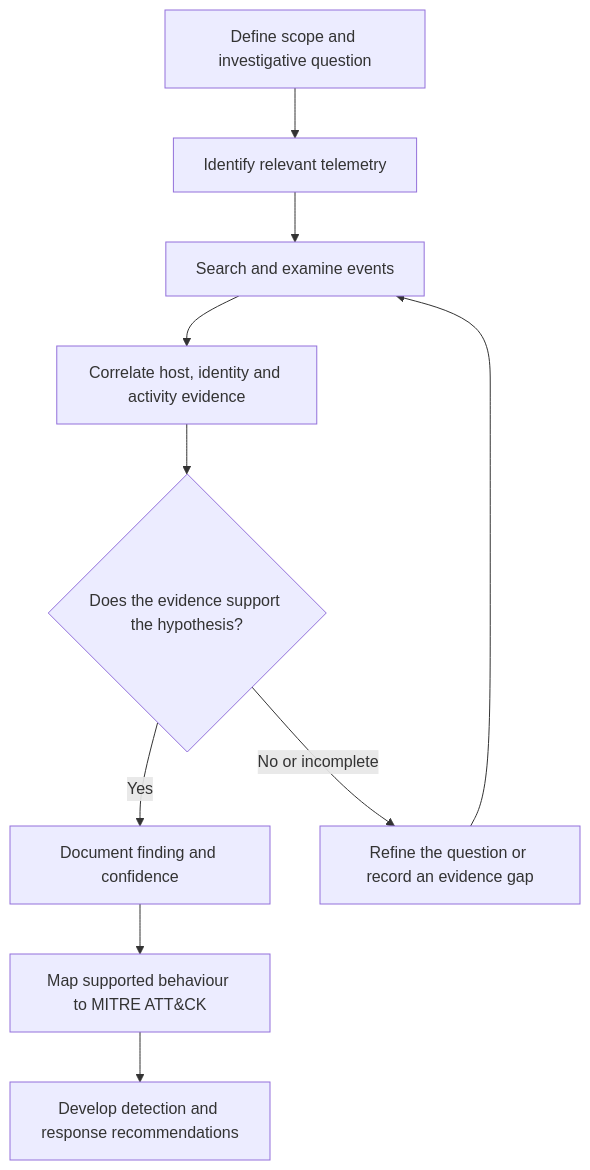
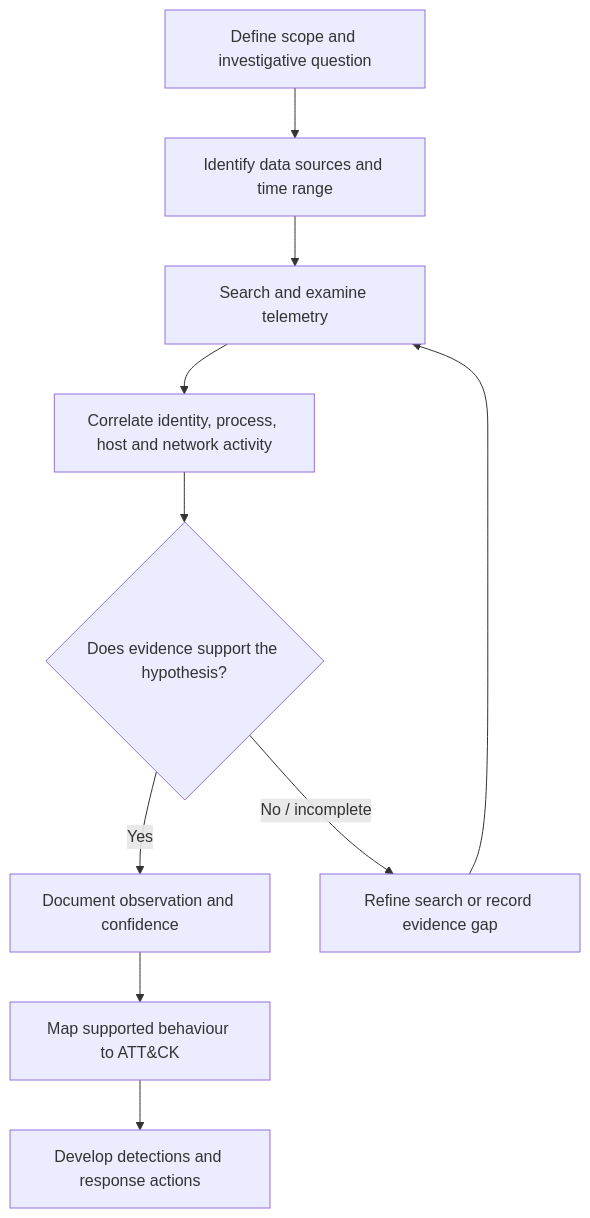
Before and after one commit to Seanfrvr/Enterprise-Intrusion-Investigation-DFIR: the diagram in README.md, drawn with Mermaid. The commit also changed other lines of this file, not shown here.

Commit message:
Develop independent SOC DFIR investigation playbook

````diff
--- a/README.md
+++ b/README.md
@@ -64,12 +31,12 @@
 ```mermaid
 flowchart TD
-    A[Define scope and investigative question] --> B[Identify relevant telemetry]
-    B --> C[Search and examine events]
-    C --> D[Correlate host, identity and activity evidence]
-    D --> E{Does the evidence support the hypothesis?}
-    E -->|Yes| F[Document finding and confidence]
-    E -->|No or incomplete| G[Refine the question or record an evidence gap]
+    A[Define scope and investigative question] --> B[Identify data sources and time range]
+    B --> C[Search and examine telemetry]
+    C --> D[Correlate identity, process, host and network activity]
+    D --> E{Does evidence support the hypothesis?}
+    E -->|Yes| F[Document observation and confidence]
+    E -->|No / incomplete| G[Refine search or record evidence gap]
     G --> C
-    F --> H[Map supported behaviour to MITRE ATT&CK]
-    H --> I[Develop detection and response recommendations]
+    F --> H[Map supported behaviour to ATT&CK]
+    H --> I[Develop detections and response actions]
 ```
````
